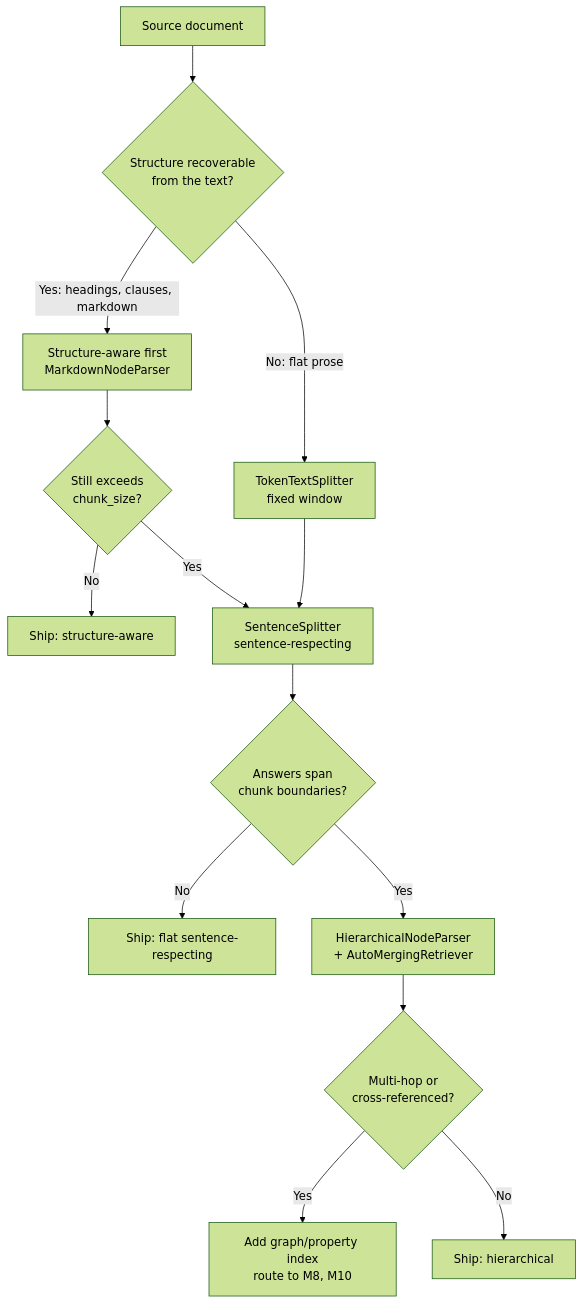
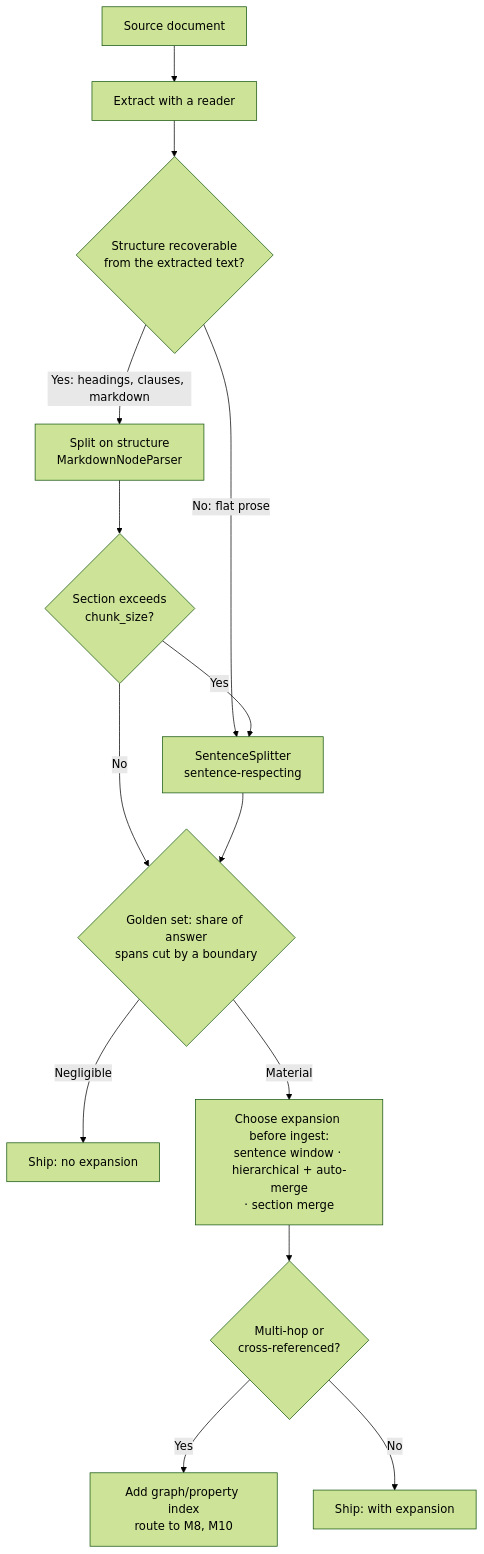
One commit to My-Courseworks/RAG changed the diagram in modules/03-parsing-and-chunking/README.md. Above: the diagram before and after it, drawn with Mermaid (forest theme). The commit also changed other lines of this file and 7 other files, not shown here.

````diff
--- a/modules/03-parsing-and-chunking/README.md
+++ b/modules/03-parsing-and-chunking/README.md
@@ -113,16 +259,16 @@
 ```mermaid
 flowchart TD
-    A[Source document] --> B{Structure recoverable<br/>from the text?}
-    B -->|"Yes: headings, clauses, markdown"| C[Structure-aware first<br/>MarkdownNodeParser]
-    B -->|No: flat prose| E[TokenTextSplitter<br/>fixed window]
-    C --> D{Still exceeds<br/>chunk_size?}
-    D -->|No| M[Ship: structure-aware]
-    D -->|Yes| F[SentenceSplitter<br/>sentence-respecting]
-    E --> F
-    F --> G{Answers span<br/>chunk boundaries?}
-    G -->|No| N[Ship: flat sentence-respecting]
-    G -->|Yes| H[HierarchicalNodeParser<br/>+ AutoMergingRetriever]
+    A[Source document] --> X[Extract with a reader]
+    X --> B{Structure recoverable<br/>from the extracted text?}
+    B -->|"Yes: headings, clauses, markdown"| C[Split on structure<br/>MarkdownNodeParser]
+    B -->|No: flat prose| F[SentenceSplitter<br/>sentence-respecting]
+    C --> D{Section exceeds<br/>chunk_size?}
+    D -->|Yes| F
+    D -->|No| G
+    F --> G{"Golden set: share of answer<br/>spans cut by a boundary"}
+    G -->|Negligible| N[Ship: no expansion]
+    G -->|Material| H["Choose expansion before ingest:<br/>sentence window · hierarchical + auto-merge<br/>· section merge"]
     H --> I{Multi-hop or<br/>cross-referenced?}
     I -->|Yes| J[Add graph/property index<br/>route to M8, M10]
-    I -->|No| K[Ship: hierarchical]
+    I -->|No| K[Ship: with expansion]
 ```
````
